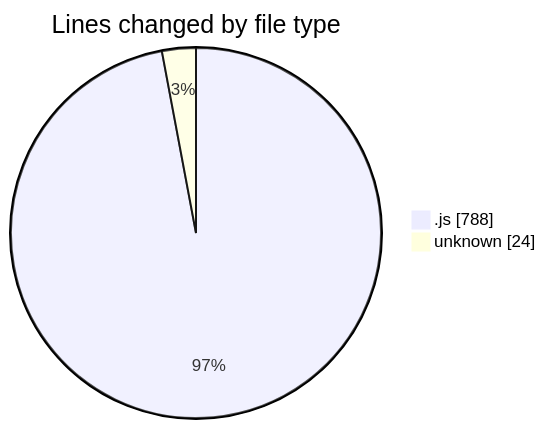
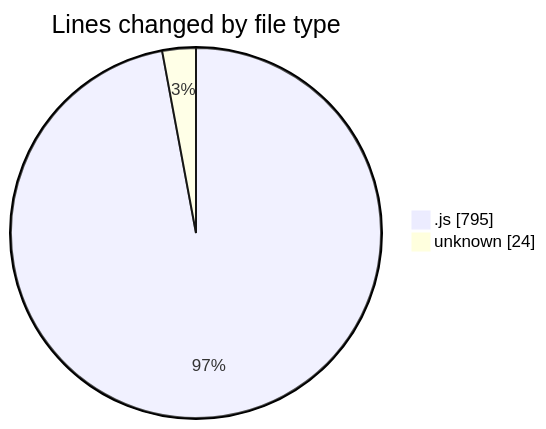
Before and after one commit to momahboobian/code-tracking: the first of 2 diagrams in 2025-02-03/cda/README.md, drawn with Mermaid. The commit also changed other lines of this file and 1 other file, not shown here.

````diff
--- a/2025-02-03/cda/README.md
+++ b/2025-02-03/cda/README.md
@@ -24,6 +24,6 @@
 ```mermaid
 pie showData
 title Lines changed by file type
-".js" : 788
+".js" : 795
 "unknown" : 24
 ```
````
